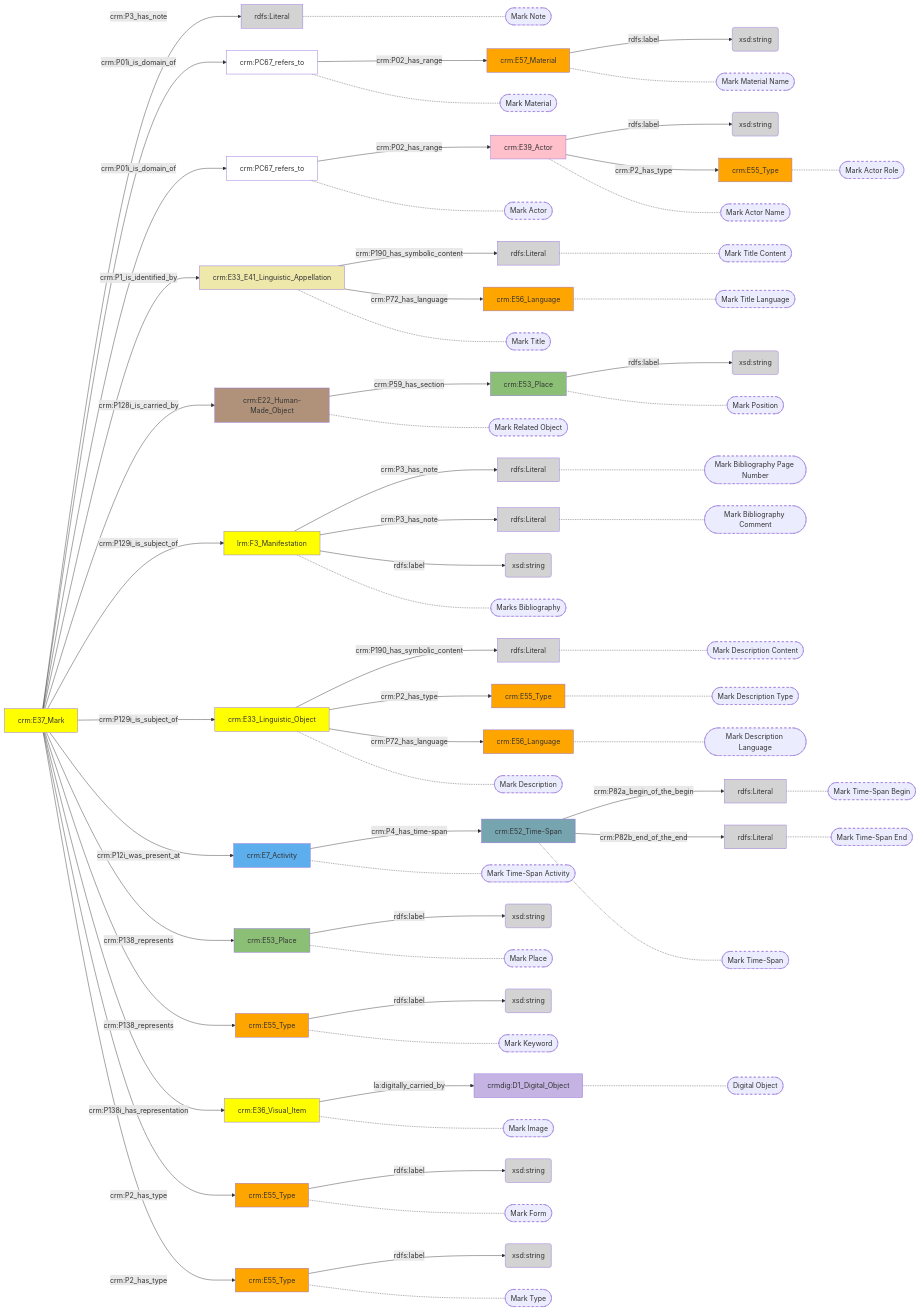
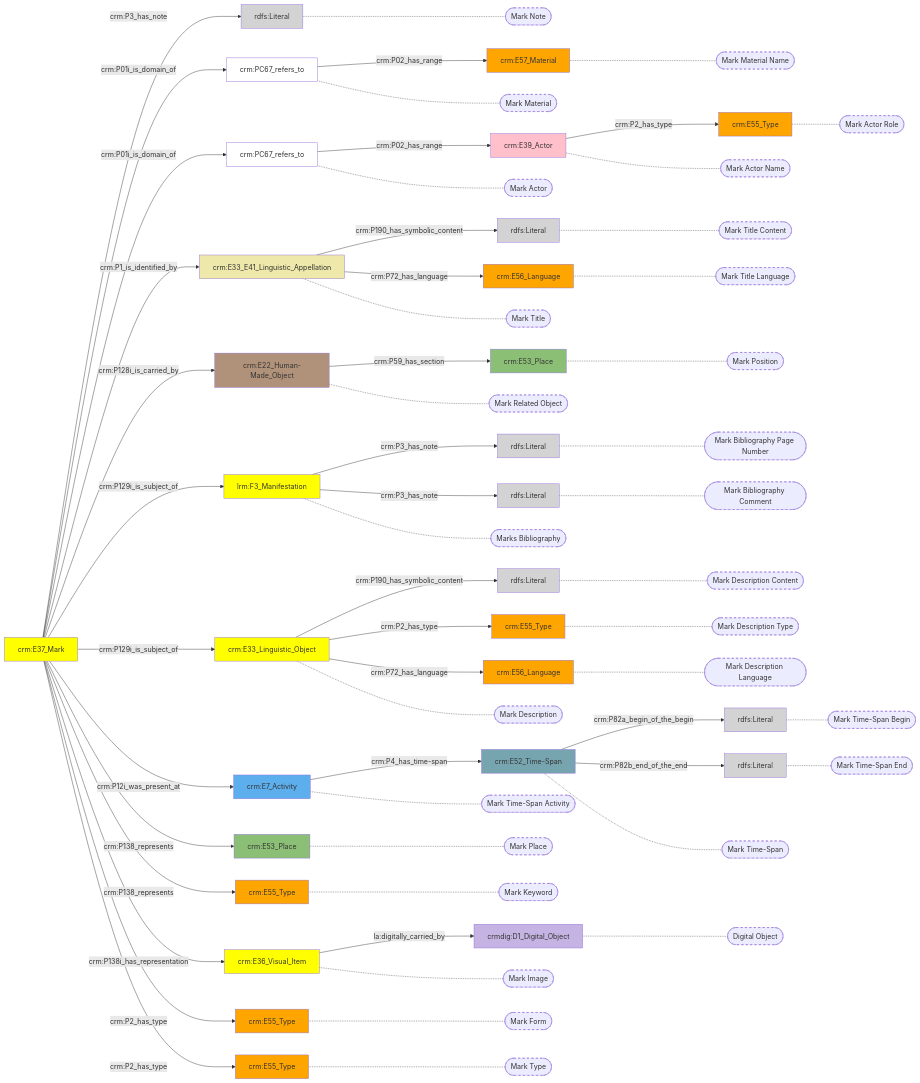
Before and after one commit to digipolisantwerpdocumentation/antwerp-cultureel-erfgoed: the diagram in docs/content/modellen/Mark/na.md, drawn with Mermaid. The commit also changed 170 other files, not shown here.

````diff
--- a/docs/content/modellen/Mark/na.md
+++ b/docs/content/modellen/Mark/na.md
@@ -1,20 +1,41 @@
 ```mermaid
 graph LR
-2b2d0b1a-ca76-11ee-8eb3-960002548b4f["crm:E57_Material"]-->|"rdfs:label"|49250704-ca7b-11ee-a6b0-960002548b4f(xsd:string)
-2ed5a590-ca6e-11ee-99ee-960002548b4f["crm:E55_Type"]-->|"rdfs:label"|d3affcf2-ca7b-11ee-bd8e-960002548b4f(xsd:string)
+style 0281cff0-ca70-11ee-8755-960002548b4f fill:#5DAEEC
+style 082c17c3-ca76-11ee-99e6-960002548b4f fill:#ffffff
+style 0cf41490-ca73-11ee-bf47-960002548b4f fill:#D3D3D3
+style 1a770b2f-ca6a-11ee-8e0d-960002548b4f fill:#ffa500
+style 21be6412-ca6b-11ee-be73-960002548b4f fill:#ffa500
+style 2b2d0b1a-ca76-11ee-8eb3-960002548b4f fill:#ffa500
+style 2ed5a590-ca6e-11ee-99ee-960002548b4f fill:#ffa500
+style 4f528283-ca72-11ee-b40c-960002548b4f fill:#ffff00
+style 5288cf65-ca6b-11ee-9862-960002548b4f fill:#B0927A
+style 52918bea-ca69-11ee-b98e-960002548b4f fill:#ffff00
+style 5772435f-ca71-11ee-a86e-960002548b4f fill:#8CBF76
+style 58649504-ca73-11ee-a1ae-960002548b4f fill:#ffa500
+style 5ae5240b-ca6a-11ee-a9a5-960002548b4f fill:#ffff00
+style 7c1edcb3-ca6c-11ee-9280-960002548b4f fill:#ffffff
+style 9cd1d5ef-ca6e-11ee-8557-960002548b4f fill:#ffa500
+style a626ee40-ca6c-11ee-98e6-960002548b4f fill:#ffc0cb
+style aa0d5d9c-ca69-11ee-b573-960002548b4f fill:#EEE8AA
+style b4a2ba81-ca71-11ee-b3cf-960002548b4f fill:#ffff00
+style b8df2b6b-ca70-11ee-a936-960002548b4f fill:#76A5AF
+style bbb6ab27-ca6a-11ee-bb23-960002548b4f fill:#D3D3D3
+style c5f9f36e-ca71-11ee-8e46-960002548b4f fill:#C5B4E3
+style cca6c450-ca6b-11ee-bd41-960002548b4f fill:#8CBF76
+style d729cdc3-ca6f-11ee-b8ca-960002548b4f fill:#D3D3D3
+style daa0159b-ca6d-11ee-8620-960002548b4f fill:#ffa500
+style dab5662f-ca72-11ee-a844-960002548b4f fill:#D3D3D3
+style e9449c8d-ca6a-11ee-b0be-960002548b4f fill:#ffa500
+style eaa66deb-ca70-11ee-9b97-960002548b4f fill:#D3D3D3
+style ec77afd4-ca69-11ee-87d1-960002548b4f fill:#D3D3D3
+style fde5e6e5-ca70-11ee-8e1b-960002548b4f fill:#D3D3D3
 4f528283-ca72-11ee-b40c-960002548b4f["lrm:F3_Manifestation"]-->|"crm:P3_has_note"|0cf41490-ca73-11ee-bf47-960002548b4f(rdfs:Literal)
 4f528283-ca72-11ee-b40c-960002548b4f["lrm:F3_Manifestation"]-->|"crm:P3_has_note"|dab5662f-ca72-11ee-a844-960002548b4f(rdfs:Literal)
-4f528283-ca72-11ee-b40c-960002548b4f["lrm:F3_Manifestation"]-->|"rdfs:label"|7f46a7e1-ca7b-11ee-a777-960002548b4f(xsd:string)
 52918bea-ca69-11ee-b98e-960002548b4f["crm:E37_Mark"]-->|"crm:P3_has_note"|d729cdc3-ca6f-11ee-b8ca-960002548b4f(rdfs:Literal)
-5772435f-ca71-11ee-a86e-960002548b4f["crm:E53_Place"]-->|"rdfs:label"|bf1262c9-ca7a-11ee-8b78-960002548b4f(xsd:string)
 5ae5240b-ca6a-11ee-a9a5-960002548b4f["crm:E33_Linguistic_Object"]-->|"crm:P190_has_symbolic_content"|bbb6ab27-ca6a-11ee-bb23-960002548b4f(rdfs:Literal)
-9cd1d5ef-ca6e-11ee-8557-960002548b4f["crm:E55_Type"]-->|"rdfs:label"|5fe7949d-ca7b-11ee-bdb7-960002548b4f(xsd:string)
-a626ee40-ca6c-11ee-98e6-960002548b4f["crm:E39_Actor"]-->|"rdfs:label"|fc428114-ca7a-11ee-8136-960002548b4f(xsd:string)
 aa0d5d9c-ca69-11ee-b573-960002548b4f["crm:E33_E41_Linguistic_Appellation"]-->|"crm:P190_has_symbolic_content"|ec77afd4-ca69-11ee-87d1-960002548b4f(rdfs:Literal)
 b8df2b6b-ca70-11ee-a936-960002548b4f["crm:E52_Time-Span"]-->|"crm:P82a_begin_of_the_begin"|eaa66deb-ca70-11ee-9b97-960002548b4f(rdfs:Literal)
 b8df2b6b-ca70-11ee-a936-960002548b4f["crm:E52_Time-Span"]-->|"crm:P82b_end_of_the_end"|fde5e6e5-ca70-11ee-8e1b-960002548b4f(rdfs:Literal)
-cca6c450-ca6b-11ee-bd41-960002548b4f["crm:E53_Place"]-->|"rdfs:label"|07fef3f8-ca6c-11ee-b89b-960002548b4f(xsd:string)
-daa0159b-ca6d-11ee-8620-960002548b4f["crm:E55_Type"]-->|"rdfs:label"|31e77081-ca7b-11ee-b9d5-960002548b4f(xsd:string)
 0281cff0-ca70-11ee-8755-960002548b4f["crm:E7_Activity"]-->|"crm:P4_has_time-span"|b8df2b6b-ca70-11ee-a936-960002548b4f["crm:E52_Time-Span"]
 082c17c3-ca76-11ee-99e6-960002548b4f["crm:PC67_refers_to"]-->|"crm:P02_has_range"|2b2d0b1a-ca76-11ee-8eb3-960002548b4f["crm:E57_Material"]
 5288cf65-ca6b-11ee-9862-960002548b4f["crm:E22_Human-Made_Object"]-->|"crm:P59_has_section"|cca6c450-ca6b-11ee-bd41-960002548b4f["crm:E53_Place"]
@@ -36,6 +57,34 @@
 a626ee40-ca6c-11ee-98e6-960002548b4f["crm:E39_Actor"]-->|"crm:P2_has_type"|58649504-ca73-11ee-a1ae-960002548b4f["crm:E55_Type"]
 aa0d5d9c-ca69-11ee-b573-960002548b4f["crm:E33_E41_Linguistic_Appellation"]-->|"crm:P72_has_language"|1a770b2f-ca6a-11ee-8e0d-960002548b4f["crm:E56_Language"]
 b4a2ba81-ca71-11ee-b3cf-960002548b4f["crm:E36_Visual_Item"]-->|"la:digitally_carried_by"|c5f9f36e-ca71-11ee-8e46-960002548b4f["crmdig:D1_Digital_Object"]
+style b8df2b6b-ca70-11ee-a936-960002548b4f_s stroke-dasharray: 5
+style 2b2d0b1a-ca76-11ee-8eb3-960002548b4f_s stroke-dasharray: 5
+style 0cf41490-ca73-11ee-bf47-960002548b4f_s stroke-dasharray: 5
+style dab5662f-ca72-11ee-a844-960002548b4f_s stroke-dasharray: 5
+style cca6c450-ca6b-11ee-bd41-960002548b4f_s stroke-dasharray: 5
+style 082c17c3-ca76-11ee-99e6-960002548b4f_s stroke-dasharray: 5
+style 7c1edcb3-ca6c-11ee-9280-960002548b4f_s stroke-dasharray: 5
+style aa0d5d9c-ca69-11ee-b573-960002548b4f_s stroke-dasharray: 5
+style 5288cf65-ca6b-11ee-9862-960002548b4f_s stroke-dasharray: 5
+style 4f528283-ca72-11ee-b40c-960002548b4f_s stroke-dasharray: 5
+style 5ae5240b-ca6a-11ee-a9a5-960002548b4f_s stroke-dasharray: 5
+style 0281cff0-ca70-11ee-8755-960002548b4f_s stroke-dasharray: 5
+style 5772435f-ca71-11ee-a86e-960002548b4f_s stroke-dasharray: 5
+style 9cd1d5ef-ca6e-11ee-8557-960002548b4f_s stroke-dasharray: 5
+style b4a2ba81-ca71-11ee-b3cf-960002548b4f_s stroke-dasharray: 5
+style 2ed5a590-ca6e-11ee-99ee-960002548b4f_s stroke-dasharray: 5
+style daa0159b-ca6d-11ee-8620-960002548b4f_s stroke-dasharray: 5
+style d729cdc3-ca6f-11ee-b8ca-960002548b4f_s stroke-dasharray: 5
+style bbb6ab27-ca6a-11ee-bb23-960002548b4f_s stroke-dasharray: 5
+style e9449c8d-ca6a-11ee-b0be-960002548b4f_s stroke-dasharray: 5
+style 21be6412-ca6b-11ee-be73-960002548b4f_s stroke-dasharray: 5
+style a626ee40-ca6c-11ee-98e6-960002548b4f_s stroke-dasharray: 5
+style 58649504-ca73-11ee-a1ae-960002548b4f_s stroke-dasharray: 5
+style ec77afd4-ca69-11ee-87d1-960002548b4f_s stroke-dasharray: 5
+style 1a770b2f-ca6a-11ee-8e0d-960002548b4f_s stroke-dasharray: 5
+style c5f9f36e-ca71-11ee-8e46-960002548b4f_s stroke-dasharray: 5
+style eaa66deb-ca70-11ee-9b97-960002548b4f_s stroke-dasharray: 5
+style fde5e6e5-ca70-11ee-8e1b-960002548b4f_s stroke-dasharray: 5
 b8df2b6b-ca70-11ee-a936-960002548b4f["crm:E52_Time-Span"]-.-b8df2b6b-ca70-11ee-a936-960002548b4f_s(["Mark Time-Span"])
 2b2d0b1a-ca76-11ee-8eb3-960002548b4f["crm:E57_Material"]-.-2b2d0b1a-ca76-11ee-8eb3-960002548b4f_s(["Mark Material Name"])
 0cf41490-ca73-11ee-bf47-960002548b4f["rdfs:Literal"]-.-0cf41490-ca73-11ee-bf47-960002548b4f_s(["Mark Bibliography Page Number"])
@@ -64,69 +113,4 @@
 c5f9f36e-ca71-11ee-8e46-960002548b4f["crmdig:D1_Digital_Object"]-.-c5f9f36e-ca71-11ee-8e46-960002548b4f_s(["Digital Object"])
 eaa66deb-ca70-11ee-9b97-960002548b4f["rdfs:Literal"]-.-eaa66deb-ca70-11ee-9b97-960002548b4f_s(["Mark Time-Span Begin"])
 fde5e6e5-ca70-11ee-8e1b-960002548b4f["rdfs:Literal"]-.-fde5e6e5-ca70-11ee-8e1b-960002548b4f_s(["Mark Time-Span End"])
-style b8df2b6b-ca70-11ee-a936-960002548b4f_s stroke-dasharray: 5
-style 2b2d0b1a-ca76-11ee-8eb3-960002548b4f_s stroke-dasharray: 5
-style 0cf41490-ca73-11ee-bf47-960002548b4f_s stroke-dasharray: 5
-style dab5662f-ca72-11ee-a844-960002548b4f_s stroke-dasharray: 5
-style cca6c450-ca6b-11ee-bd41-960002548b4f_s stroke-dasharray: 5
-style 082c17c3-ca76-11ee-99e6-960002548b4f_s stroke-dasharray: 5
-style 7c1edcb3-ca6c-11ee-9280-960002548b4f_s stroke-dasharray: 5
-style aa0d5d9c-ca69-11ee-b573-960002548b4f_s stroke-dasharray: 5
-style 5288cf65-ca6b-11ee-9862-960002548b4f_s stroke-dasharray: 5
-style 4f528283-ca72-11ee-b40c-960002548b4f_s stroke-dasharray: 5
-style 5ae5240b-ca6a-11ee-a9a5-960002548b4f_s stroke-dasharray: 5
-style 0281cff0-ca70-11ee-8755-960002548b4f_s stroke-dasharray: 5
-style 5772435f-ca71-11ee-a86e-960002548b4f_s stroke-dasharray: 5
-style 9cd1d5ef-ca6e-11ee-8557-960002548b4f_s stroke-dasharray: 5
-style b4a2ba81-ca71-11ee-b3cf-960002548b4f_s stroke-dasharray: 5
-style 2ed5a590-ca6e-11ee-99ee-960002548b4f_s stroke-dasharray: 5
-style daa0159b-ca6d-11ee-8620-960002548b4f_s stroke-dasharray: 5
-style d729cdc3-ca6f-11ee-b8ca-960002548b4f_s stroke-dasharray: 5
-style bbb6ab27-ca6a-11ee-bb23-960002548b4f_s stroke-dasharray: 5
-style e9449c8d-ca6a-11ee-b0be-960002548b4f_s stroke-dasharray: 5
-style 21be6412-ca6b-11ee-be73-960002548b4f_s stroke-dasharray: 5
-style a626ee40-ca6c-11ee-98e6-960002548b4f_s stroke-dasharray: 5
-style 58649504-ca73-11ee-a1ae-960002548b4f_s stroke-dasharray: 5
-style ec77afd4-ca69-11ee-87d1-960002548b4f_s stroke-dasharray: 5
-style 1a770b2f-ca6a-11ee-8e0d-960002548b4f_s stroke-dasharray: 5
-style c5f9f36e-ca71-11ee-8e46-960002548b4f_s stroke-dasharray: 5
-style eaa66deb-ca70-11ee-9b97-960002548b4f_s stroke-dasharray: 5
-style fde5e6e5-ca70-11ee-8e1b-960002548b4f_s stroke-dasharray: 5
-style 0281cff0-ca70-11ee-8755-960002548b4f fill:#5DAEEC
-style 07fef3f8-ca6c-11ee-b89b-960002548b4f fill:#D3D3D3
-style 082c17c3-ca76-11ee-99e6-960002548b4f fill:#ffffff
-style 0cf41490-ca73-11ee-bf47-960002548b4f fill:#D3D3D3
-style 1a770b2f-ca6a-11ee-8e0d-960002548b4f fill:#ffa500
-style 21be6412-ca6b-11ee-be73-960002548b4f fill:#ffa500
-style 2b2d0b1a-ca76-11ee-8eb3-960002548b4f fill:#ffa500
-style 2ed5a590-ca6e-11ee-99ee-960002548b4f fill:#ffa500
-style 31e77081-ca7b-11ee-b9d5-960002548b4f fill:#D3D3D3
-style 49250704-ca7b-11ee-a6b0-960002548b4f fill:#D3D3D3
-style 4f528283-ca72-11ee-b40c-960002548b4f fill:#ffff00
-style 5288cf65-ca6b-11ee-9862-960002548b4f fill:#B0927A
-style 52918bea-ca69-11ee-b98e-960002548b4f fill:#ffff00
-style 5772435f-ca71-11ee-a86e-960002548b4f fill:#8CBF76
-style 58649504-ca73-11ee-a1ae-960002548b4f fill:#ffa500
-style 5ae5240b-ca6a-11ee-a9a5-960002548b4f fill:#ffff00
-style 5fe7949d-ca7b-11ee-bdb7-960002548b4f fill:#D3D3D3
-style 7c1edcb3-ca6c-11ee-9280-960002548b4f fill:#ffffff
-style 7f46a7e1-ca7b-11ee-a777-960002548b4f fill:#D3D3D3
-style 9cd1d5ef-ca6e-11ee-8557-960002548b4f fill:#ffa500
-style a626ee40-ca6c-11ee-98e6-960002548b4f fill:#ffc0cb
-style aa0d5d9c-ca69-11ee-b573-960002548b4f fill:#EEE8AA
-style b4a2ba81-ca71-11ee-b3cf-960002548b4f fill:#ffff00
-style b8df2b6b-ca70-11ee-a936-960002548b4f fill:#76A5AF
-style bbb6ab27-ca6a-11ee-bb23-960002548b4f fill:#D3D3D3
-style bf1262c9-ca7a-11ee-8b78-960002548b4f fill:#D3D3D3
-style c5f9f36e-ca71-11ee-8e46-960002548b4f fill:#C5B4E3
-style cca6c450-ca6b-11ee-bd41-960002548b4f fill:#8CBF76
-style d3affcf2-ca7b-11ee-bd8e-960002548b4f fill:#D3D3D3
-style d729cdc3-ca6f-11ee-b8ca-960002548b4f fill:#D3D3D3
-style daa0159b-ca6d-11ee-8620-960002548b4f fill:#ffa500
-style dab5662f-ca72-11ee-a844-960002548b4f fill:#D3D3D3
-style e9449c8d-ca6a-11ee-b0be-960002548b4f fill:#ffa500
-style eaa66deb-ca70-11ee-9b97-960002548b4f fill:#D3D3D3
-style ec77afd4-ca69-11ee-87d1-960002548b4f fill:#D3D3D3
-style fc428114-ca7a-11ee-8136-960002548b4f fill:#D3D3D3
-style fde5e6e5-ca70-11ee-8e1b-960002548b4f fill:#D3D3D3
 ```
````
